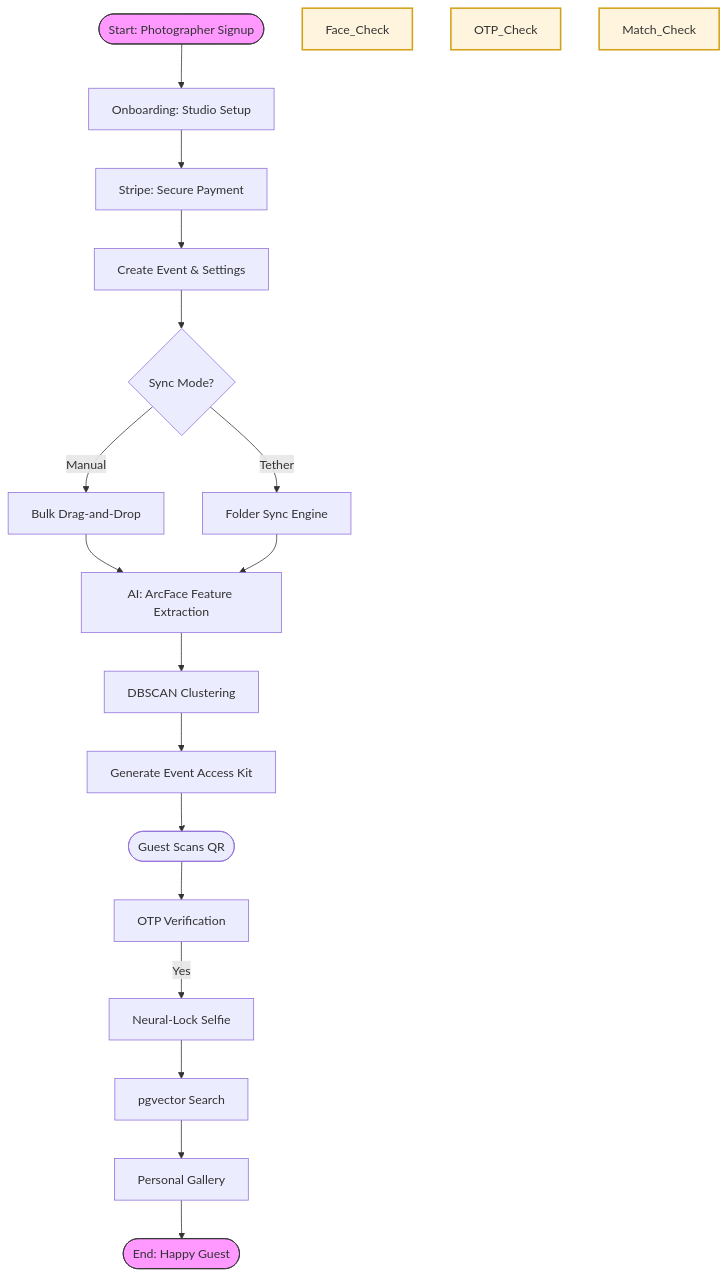
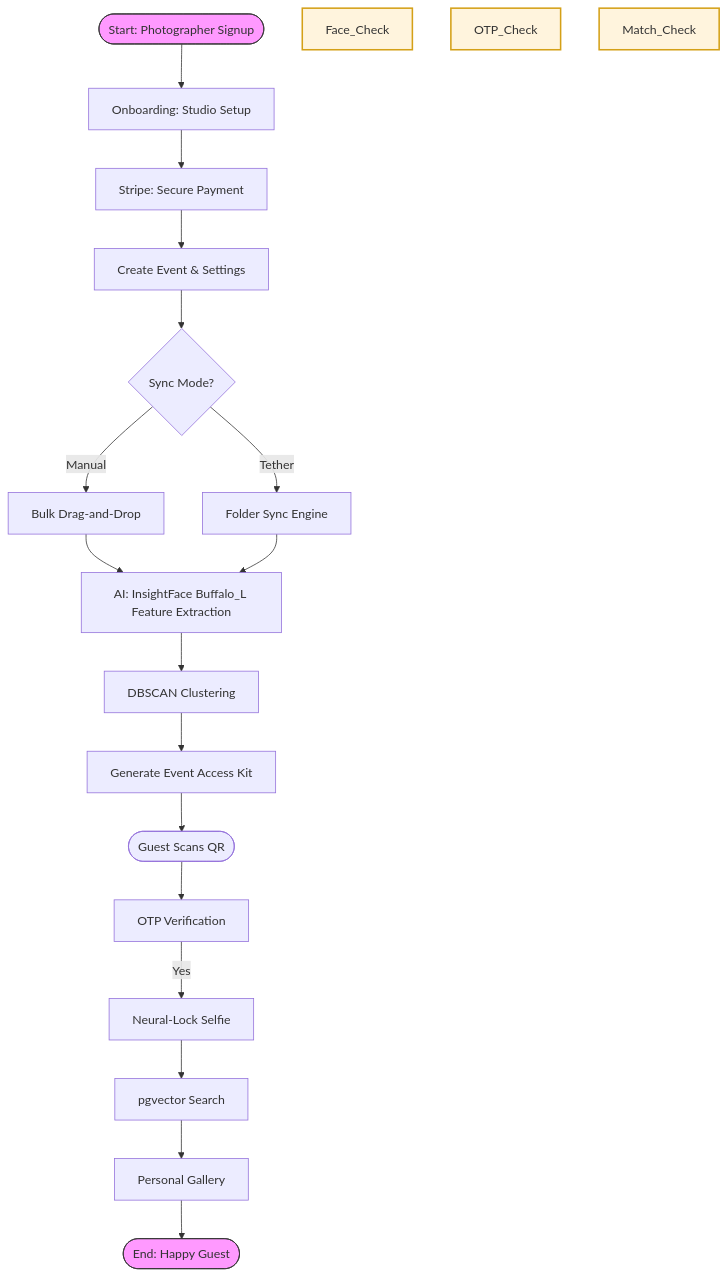
Before and after one commit to JoelJose212/SnapMoment: the fifth of 6 diagrams in README.md, drawn with Mermaid. The commit also changed other lines of this file and 2 other files, not shown here.

Commit message:
fix: relax Buffalo_L matching thresholds for better recall and update README

````diff
--- a/README.md
+++ b/README.md
@@ -264,32 +264,32 @@
 ```mermaid
 flowchart TD
     Start([Start: Photographer Signup]) --> Onboard[Onboarding: Studio Setup]
     Onboard --> Pay[Stripe: Secure Payment]
     Pay --> Create[Create Event & Settings]
     Create --> RAW{Sync Mode?}
     RAW -- Manual --> Upload[Bulk Drag-and-Drop]
     RAW -- Tether --> Folder[Folder Sync Engine]
     
-    Upload --> AI_Proc[AI: ArcFace Feature Extraction]
+    Upload --> AI_Proc[AI: InsightFace Buffalo_L Feature Extraction]
     Folder --> AI_Proc
     
     AI_Proc --> Cluster[DBSCAN Clustering]
     Cluster --> QR[Generate Event Access Kit]
     
     QR --> Guest_Entry([Guest Scans QR])
     Guest_Entry --> OTP[OTP Verification]
     OTP -- Yes --> Selfie[Neural-Lock Selfie]
     
     Selfie --> Match[pgvector Search]
     Match --> Gallery[Personal Gallery]
     Gallery --> End([End: Happy Guest])
 
     style Start fill:#f9f,stroke:#333
     style End fill:#f9f,stroke:#333
 
     style Start fill:#f9f,stroke:#333
     style End fill:#f9f,stroke:#333
     style Face_Check fill:#fff4dd,stroke:#d4a017,stroke-width:2px
     style OTP_Check fill:#fff4dd,stroke:#d4a017,stroke-width:2px
     style Match_Check fill:#fff4dd,stroke:#d4a017,stroke-width:2px
 ```
````
